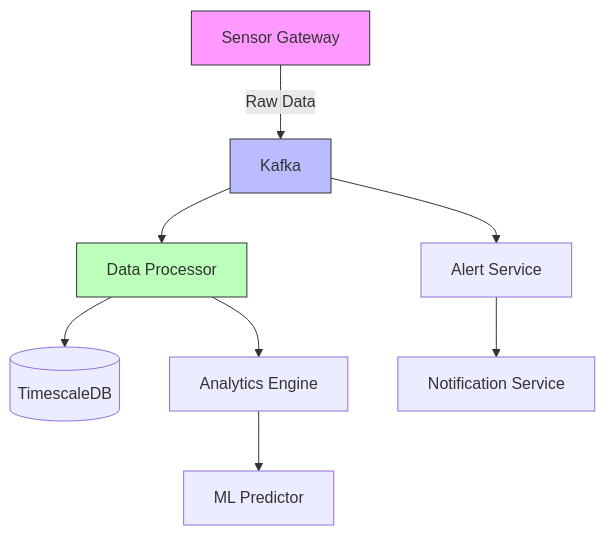
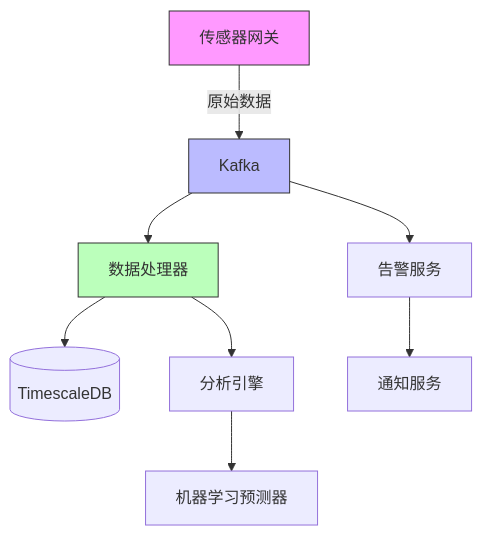
One commit to dengbiao/SnapCred changed the first of 2 diagrams in .cursor/templates/template-arch.md. Above: the diagram before and after it, drawn with Mermaid. The commit also changed other lines of this file and 6 other files, not shown here.

````diff
--- a/.cursor/templates/template-arch.md
+++ b/.cursor/templates/template-arch.md
@@ -74,14 +74,14 @@
 ```mermaid
 graph TD
-    A[Sensor Gateway] -->|Raw Data| B[Kafka]
-    B --> C[Data Processor]
-    B --> D[Alert Service]
+    A[传感器网关] -->|原始数据| B[Kafka]
+    B --> C[数据处理器]
+    B --> D[告警服务]
     C --> E[(TimescaleDB)]
-    C --> F[Analytics Engine]
-    D --> G[Notification Service]
-    F --> H[ML Predictor]
+    C --> F[分析引擎]
+    D --> G[通知服务]
+    F --> H[机器学习预测器]
 
     style A fill:#f9f,stroke:#333
     style B fill:#bbf,stroke:#333
     style C fill:#bfb,stroke:#333
 ```
````
